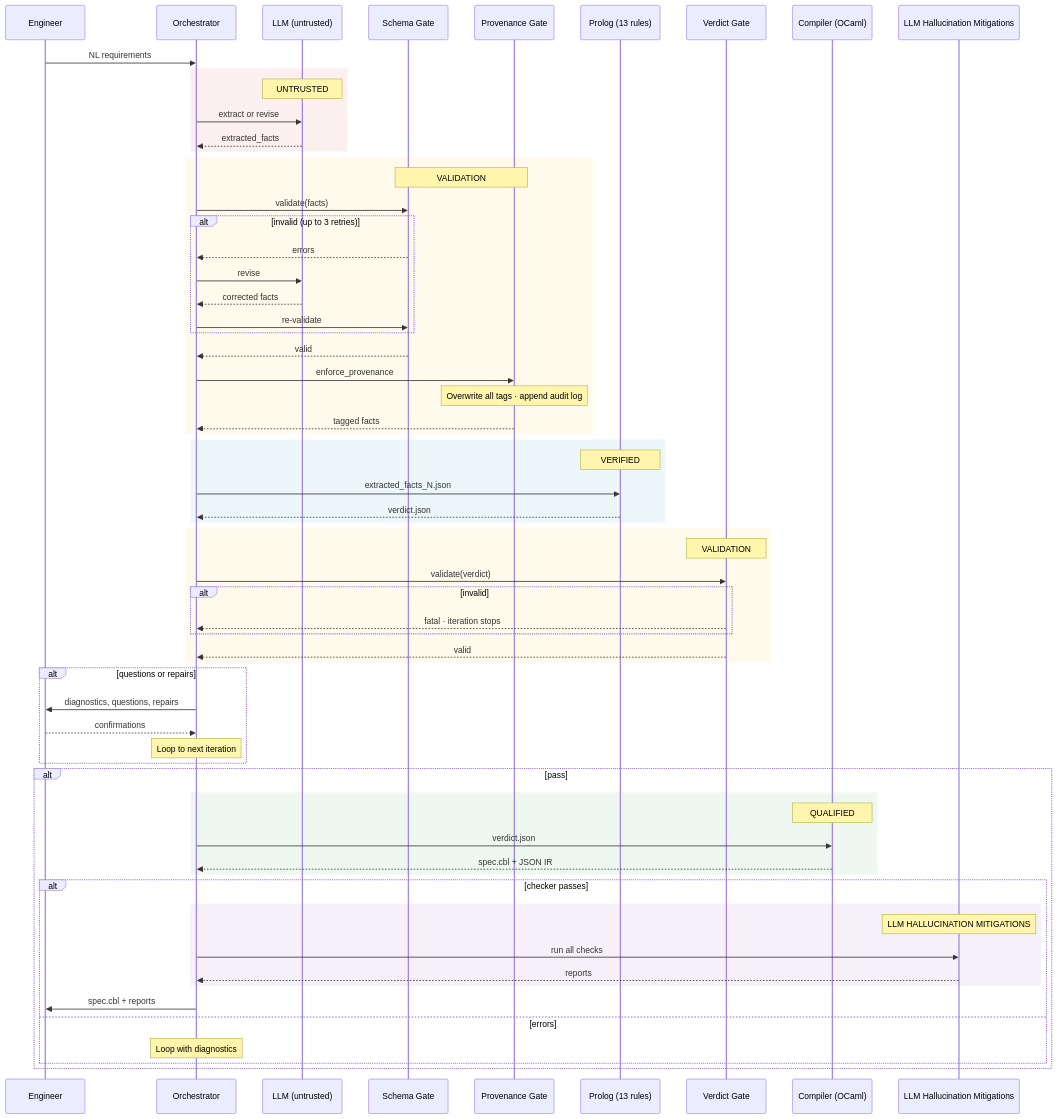
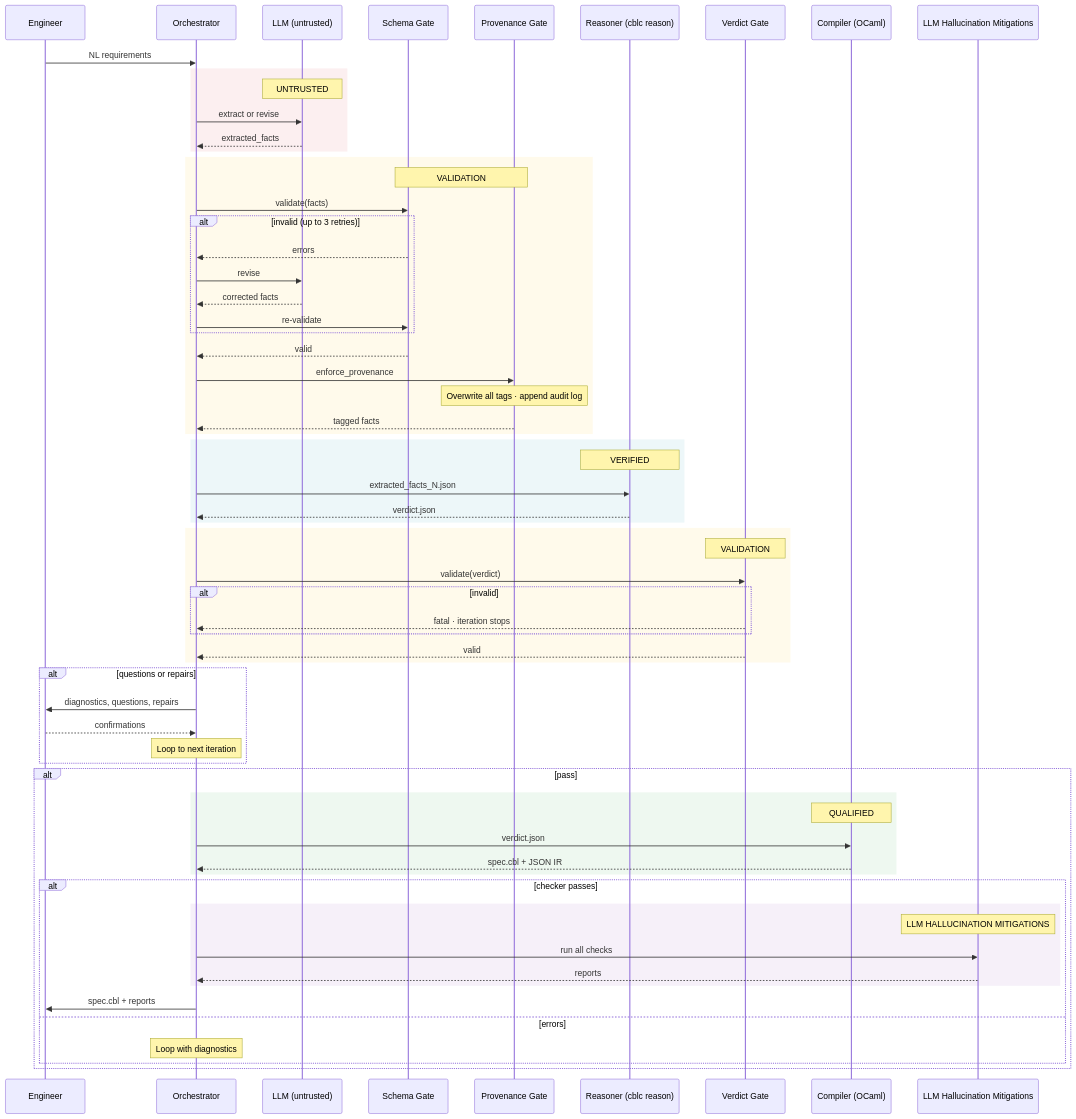
Before and after one commit to isrlab/cbl: the second of 2 diagrams in ARCHITECTURE.md, drawn with Mermaid. The commit also changed other lines of this file and 28 other files, not shown here.

````diff
--- a/ARCHITECTURE.md
+++ b/ARCHITECTURE.md
@@ -233,74 +234,74 @@
 ```mermaid
 sequenceDiagram
     participant E as Engineer
     participant O as Orchestrator
     participant L as LLM (untrusted)
     participant S as Schema Gate
     participant P as Provenance Gate
-    participant R as Prolog (13 rules)
+    participant R as Reasoner (cblc reason)
     participant V as Verdict Gate
     participant C as Compiler (OCaml)
     participant M as LLM Hallucination Mitigations
 
     E->>O: NL requirements
 
     rect rgba(248,215,218,0.4)
         Note over L: UNTRUSTED
         O->>L: extract or revise
         L-->>O: extracted_facts
     end
 
     rect rgba(255,243,205,0.4)
         Note over S,P: VALIDATION
         O->>S: validate(facts)
         alt invalid (up to 3 retries)
             S-->>O: errors
             O->>L: revise
             L-->>O: corrected facts
             O->>S: re-validate
         end
         S-->>O: valid
         O->>P: enforce_provenance
         Note over P: Overwrite all tags · append audit log
         P-->>O: tagged facts
     end
 
     rect rgba(209,236,241,0.4)
         Note over R: VERIFIED
         O->>R: extracted_facts_N.json
         R-->>O: verdict.json
     end
 
     rect rgba(255,243,205,0.4)
         Note over V: VALIDATION
         O->>V: validate(verdict)
         alt invalid
             V-->>O: fatal · iteration stops
         end
         V-->>O: valid
     end
 
     alt questions or repairs
         O->>E: diagnostics, questions, repairs
         E-->>O: confirmations
         Note over O: Loop to next iteration
     end
 
     alt pass
         rect rgba(212,237,218,0.4)
             Note over C: QUALIFIED
             O->>C: verdict.json
             C-->>O: spec.cbl + JSON IR
         end
         alt checker passes
             rect rgba(232,218,239,0.4)
                 Note over M: LLM HALLUCINATION MITIGATIONS
                 O->>M: run all checks
                 M-->>O: reports
             end
             O->>E: spec.cbl + reports
         else errors
             Note over O: Loop with diagnostics
         end
     end
 ```
````
